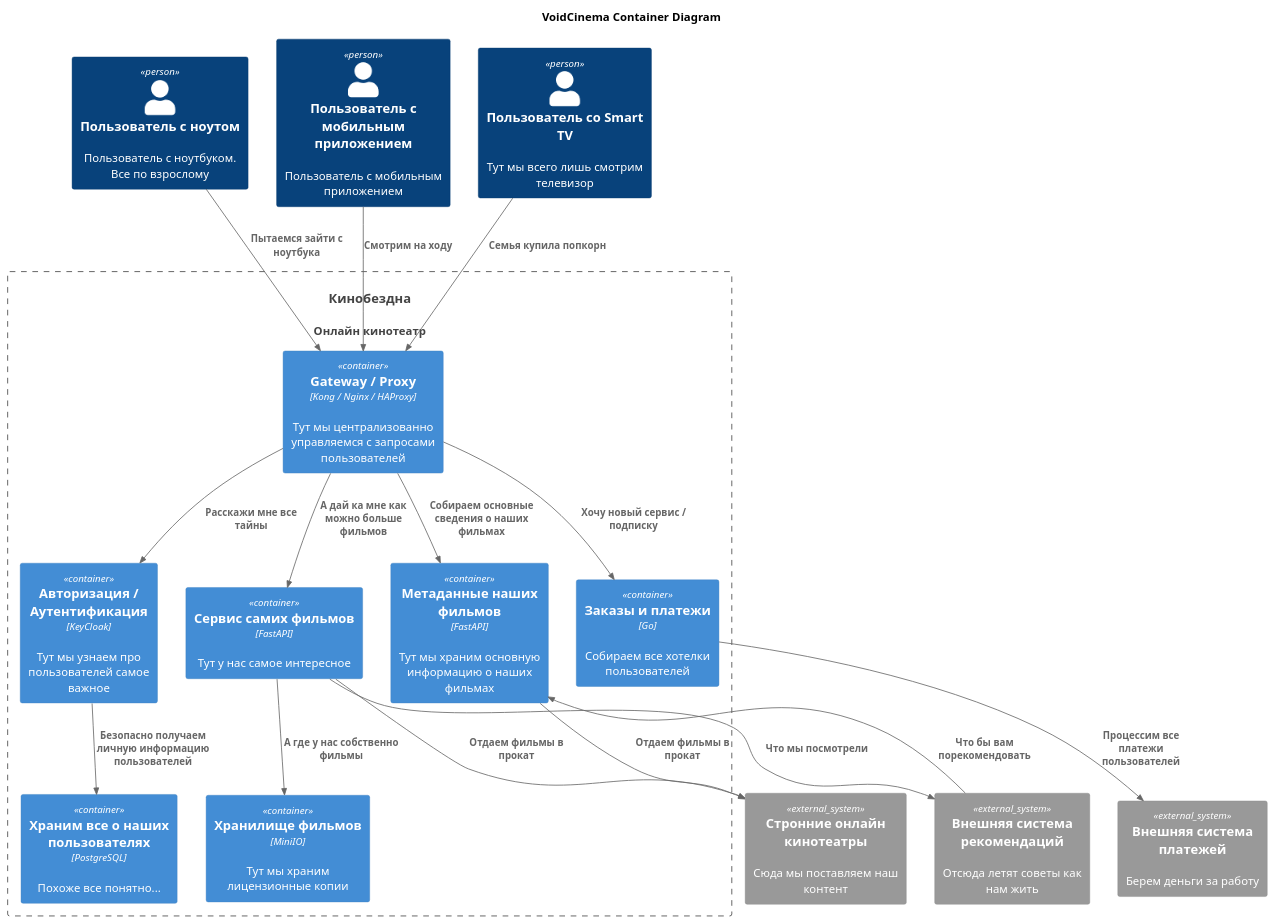
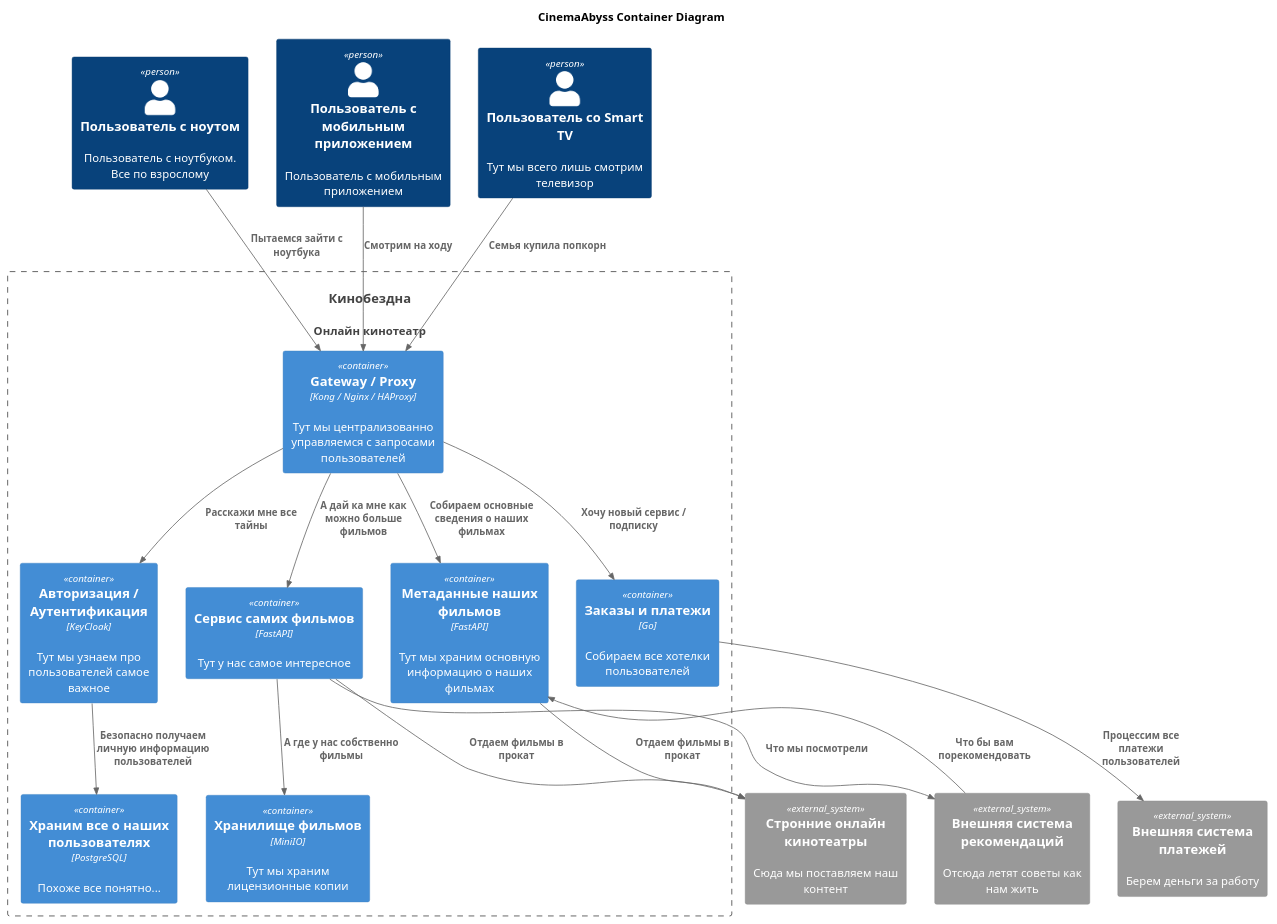
The diagram in diagramms/container.puml (viceversag/Yandex-Architecture), drawn with PlantUML before and after one commit. The commit also changed 1 other file, not shown here.

```diff
--- a/diagramms/container.puml
+++ b/diagramms/container.puml
@@ -1,41 +1,41 @@
 @startuml
-title VoidCinema Container Diagram
+title CinemaAbyss Container Diagram
 
 top to bottom direction
 
 !includeurl https://raw.githubusercontent.com/RicardoNiepel/C4-PlantUML/master/C4_Component.puml
 
 Person(user_note, "Пользователь с ноутом", "Пользователь с ноутбуком. Все по взрослому")
 Person(user_mob, "Пользователь с мобильным приложением", "Пользователь с мобильным приложением")
 Person(user_tv, "Пользователь со Smart TV", "Тут мы всего лишь смотрим телевизор")
-System(VoidCinema, "Кинобездна", "Онлайн кинотеатр")
+System(CinemaAbyss, "Кинобездна", "Онлайн кинотеатр")
 
-Container_Boundary(VoidCinema, "Кинобездна") {
+Container_Boundary(CinemaAbyss, "Кинобездна") {
   Container(Gateway, "Gateway / Proxy", "Kong / Nginx / HAProxy", "Тут мы централизованно управляемся с запросами пользователей")
   Container(AuthService, "Авторизация / Аутентификация", "KeyCloak", "Тут мы узнаем про пользователей самое важное")
   Container(MetaData, "Метаданные наших фильмов", "FastAPI", "Тут мы храним основную информацию о наших фильмах")
   Container(Content, "Сервис самих фильмов", "FastAPI", "Тут у нас самое интересное")
   Container(S3, "Хранилище фильмов", "MiniIO", "Тут мы храним лицензионные копии")
   Container(UserDataBase, "Храним все о наших пользователях", "PostgreSQL", "Похоже все понятно...")
   Container(OrderService, "Заказы и платежи", "Go", "Собираем все хотелки пользователей")
 }
 
 System_Ext(payment, "Внешняя система платежей", "Берем деньги за работу")
 System_Ext(recommendations, "Внешняя система рекомендаций", "Отсюда летят советы как нам жить")
 System_Ext(onlinecinema, "Стронние онлайн кинотеатры", "Сюда мы поставляем наш контент")
 
 Rel(user_note, Gateway, "Пытаемся зайти с ноутбука")
 Rel(user_mob, Gateway, "Смотрим на ходу")
 Rel(user_tv, Gateway, "Семья купила попкорн")
 Rel(Gateway, AuthService, "Расскажи мне все тайны")
 Rel(Gateway, MetaData, "Собираем основные сведения о наших фильмах")
 Rel(Gateway, Content, "А дай ка мне как можно больше фильмов")
 Rel(Gateway, OrderService, "Хочу новый сервис / подписку")
 Rel(Content, recommendations, "Что мы посмотрели")
 Rel(recommendations, MetaData, "Что бы вам порекомендовать")
 Rel(Content, S3, "А где у нас собственно фильмы")
 Rel(AuthService, UserDataBase, "Безопасно получаем личную информацию пользователей")
 Rel(OrderService, payment, "Процессим все платежи пользователей")
 Rel(MetaData, onlinecinema, "Отдаем фильмы в прокат")
 Rel(Content, onlinecinema, "Отдаем фильмы в прокат")
 @enduml
```
